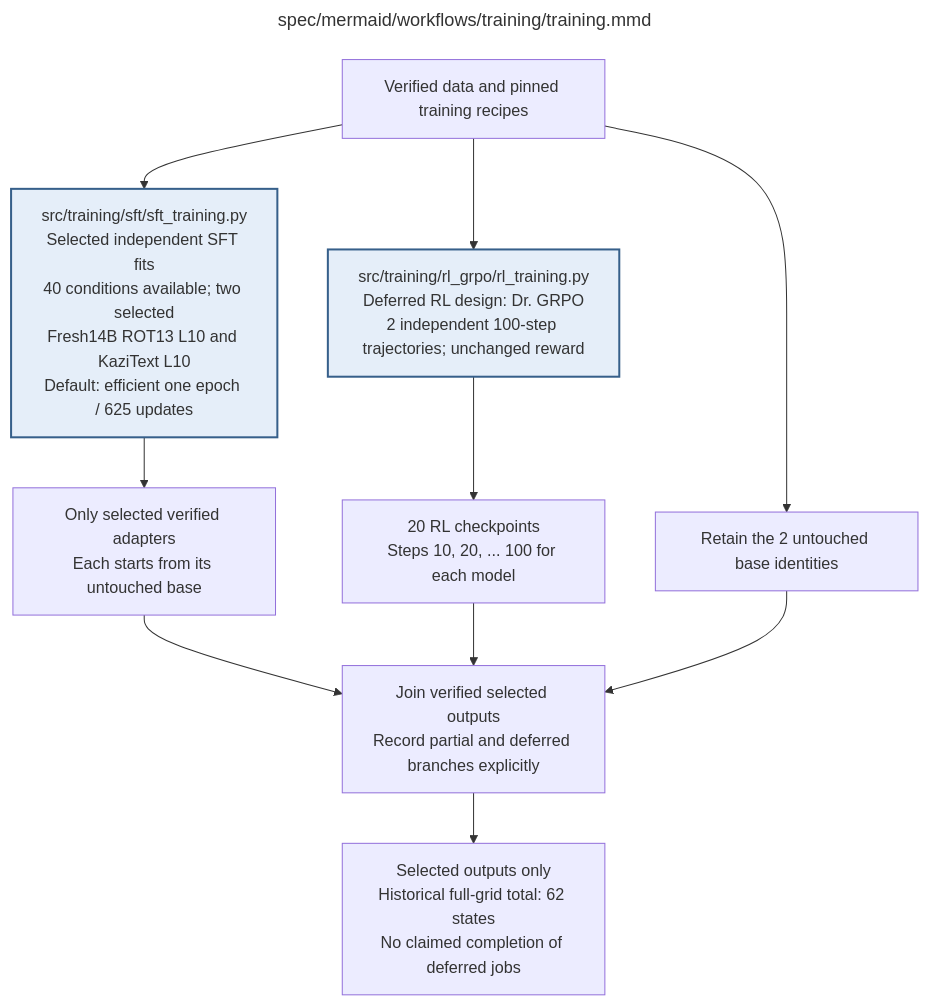
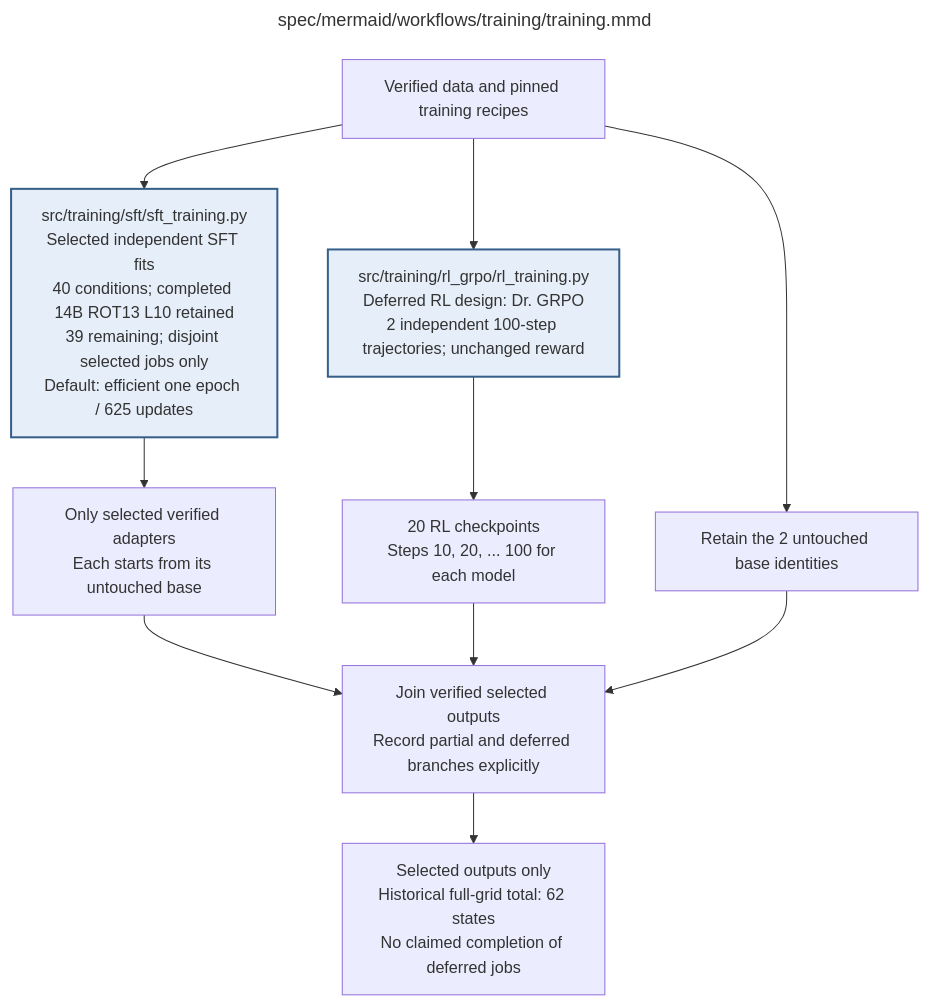
One commit to AJUNNYC/inducing_persistent_textual_chain_of_thought_illegibility changed the diagram in docs/modules/training/training.md. Above: the diagram before and after it, drawn with Mermaid. The commit also changed other lines of this file and 28 other files, not shown here.

Commit message:
Document completed 14B ROT13 fit and authorized SFT campaign

````diff
--- a/docs/modules/training/training.md
+++ b/docs/modules/training/training.md
@@ -52,43 +52,44 @@
 ```mermaid
 ---
 title: "spec/mermaid/workflows/training/training.mmd"
 ---
 flowchart TD
 %% Training
 %% Active default: efficient_one_epoch_v1, per explicitly selected SFT condition.
 %% Published policy v2: request physical 2 x 8; capacity fallback 1 x 16, same effective 16.
 %% Actual batch/accumulation/recomputation mode stays fixed throughout each fit and exact resume.
-%% Forty conditions remain available; select fresh14B ROT13 L10 and KaziText L10; PAUSED pending GPU access.
+%% Forty conditions available; completed 14B ROT13 L10 retained; 39 uncompleted.
+%% $240 SFT authorized 13 Oct; no new worker launch recorded. RL/final evaluation remain separate.
 %% Legacy full-grid62state accounting is preserved, not an active launch instruction.
 %% Edit quoted node labels directly; this is native Mermaid.
 %% Execution contract: known faults use bounded recovery; unclassified/persistent faults stop the worker.
 %% Frozen invalid inputs are fatal. Unrecoverable child failures propagate; never release incomplete results.
 %% RL uses the same fixed 800 questions and order for both sizes. Four rollouts form each GRPO group.
 %% Independent SFT family queues run on their own GPUs; RL model trajectories run sequentially.
 %% Exact-condition full checkpoints may resume a run; another level's adapter is never a warm start.
 %% No training-time reasoning ablations. Earlier valid outputs are preserved if a worker stops.
 %% RL uses GRPO with Dr. GRPO loss normalization and the fixed settings in rl_grpo/setup/rl_setup.mmd.
 %% The post-training GPT4o artifact audit does not change the Sonnet two-pass training reward.
 %% Child: SFT => sft/sft_training.mmd
 %% Child: RL => rl_grpo/rl_training.mmd
     INPUT["Verified data and pinned training recipes"]
-    SFT["src/training/sft/sft_training.py<br/>Selected independent SFT fits<br/>40 conditions available; two selected<br/>Fresh14B ROT13 L10 and KaziText L10<br/>Default: efficient one epoch / 625 updates"]
+    SFT["src/training/sft/sft_training.py<br/>Selected independent SFT fits<br/>40 conditions; completed 14B ROT13 L10 retained<br/>39 remaining; disjoint selected jobs only<br/>Default: efficient one epoch / 625 updates"]
     SFTOUT["Only selected verified adapters<br/>Each starts from its untouched base"]
     RL["src/training/rl_grpo/rl_training.py<br/>Deferred RL design: Dr. GRPO<br/>2 independent 100-step trajectories; unchanged reward"]
     RLOUT["20 RL checkpoints<br/>Steps 10, 20, ... 100 for each model"]
     BASE["Retain the 2 untouched base identities"]
     WAIT["Join verified selected outputs<br/>Record partial and deferred branches explicitly"]
     OUT["Selected outputs only<br/>Historical full-grid total: 62 states<br/>No claimed completion of deferred jobs"]
     INPUT --> SFT --> SFTOUT --> WAIT
     INPUT --> RL --> RLOUT --> WAIT
     INPUT --> BASE --> WAIT
     WAIT --> OUT
     classDef detail fill:#e5eef9,stroke:#365f8a,stroke-width:2px
     class SFT,RL detail
 
 %% Repository module: src/training/training.py
 %% Module documentation: docs/modules/training/training.md
 %% Unit test: tests/unit/training/test_training.py
 %% Owner: coordinator
 %% Source sections: 2; C.2–C.3; E.1.1; E.2.2; H.7,H.9
 ```
````
